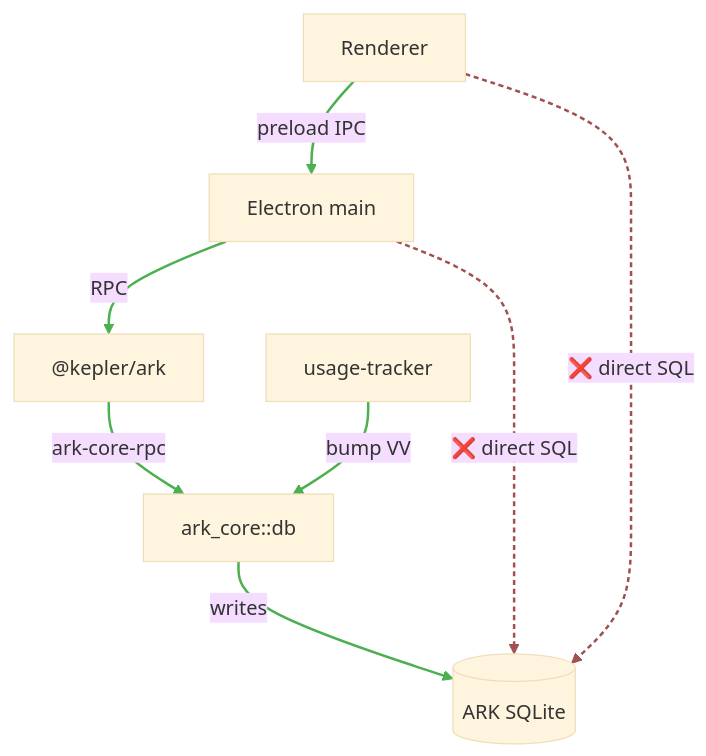
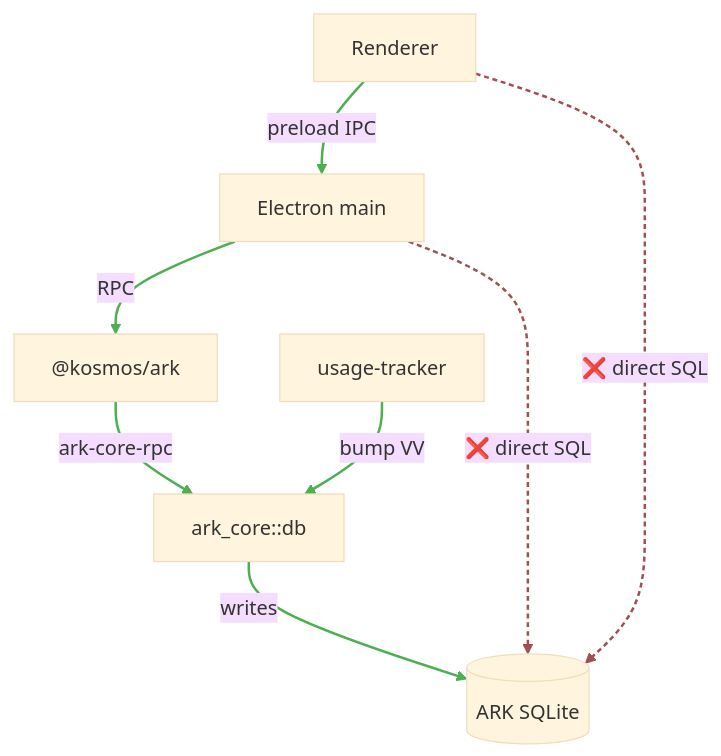
Before and after one commit to makekosmos/cortex: the diagram in docs-site/concepts/write-boundary.md, drawn with Mermaid (base theme). The commit also changed other lines of this file and 916 other files, not shown here.

First line of the commit message:
refactor: global swap Kepler <-> Kosmos branding

````diff
--- a/docs-site/concepts/write-boundary.md
+++ b/docs-site/concepts/write-boundary.md
@@ -33,26 +33,26 @@
 ```mermaid
 flowchart TD
     R["Renderer"]
     M["Electron main"]
-    SDK["@kepler/ark"]
+    SDK["@kosmos/ark"]
     CORE["ark_core::db"]
     UT["usage-tracker"]
     DB[("ARK SQLite")]
 
     R -->|preload IPC| M
     M -->|RPC| SDK
     SDK -->|ark-core-rpc| CORE
     UT -->|bump VV| CORE
     CORE -->|writes| DB
 
     R -.->|"❌ direct SQL"| DB
     M -.->|"❌ direct SQL"| DB
 
     class SDK,CORE canon
     class UT shared
     class M,R neutral
     class DB neutral
     classDef forbidden fill:#3a1f1f,stroke:#a05050,color:#fff,stroke-dasharray:4 3
     linkStyle 0,1,2,3,4 stroke:#4caf50,stroke-width:2px
     linkStyle 5,6 stroke:#a05050,stroke-width:2px,stroke-dasharray:4 3
 ```
````
